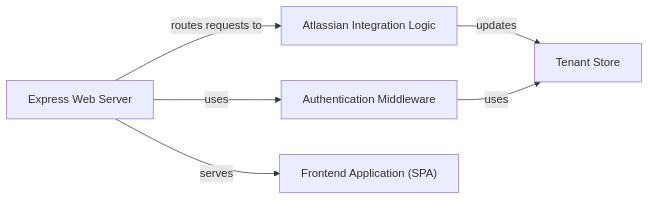
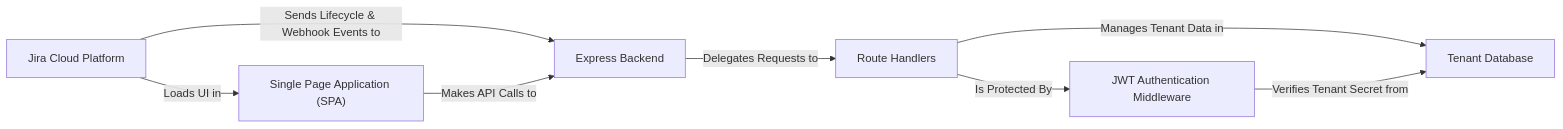
One commit to CodeBoarding/GeneratedOnBoardings changed the diagram in atlassian-connect-example-app-node/on_boarding.md. Above: the diagram before and after it, drawn with Mermaid. The commit also changed other lines of this file and 3 other files, not shown here.

Commit message:
Uploading onboarding materials for atlassian-connect-example-app-node

````diff
--- a/atlassian-connect-example-app-node/on_boarding.md
+++ b/atlassian-connect-example-app-node/on_boarding.md
@@ -1,16 +1,16 @@
 ```mermaid
 graph LR
-    Express_Web_Server["Express Web Server"]
-    Atlassian_Integration_Logic["Atlassian Integration Logic"]
-    Authentication_Middleware["Authentication Middleware"]
-    Tenant_Store["Tenant Store"]
-    Frontend_Application_SPA_["Frontend Application (SPA)"]
-    Express_Web_Server -- "routes requests to" --> Atlassian_Integration_Logic
-    Express_Web_Server -- "serves" --> Frontend_Application_SPA_
-    Express_Web_Server -- "uses" --> Authentication_Middleware
-    Atlassian_Integration_Logic -- "updates" --> Tenant_Store
-    Authentication_Middleware -- "uses" --> Tenant_Store
-    click Express_Web_Server href "https://github.com/CodeBoarding/GeneratedOnBoardings/blob/main/atlassian-connect-example-app-node/Express_Web_Server.md" "Details"
-    click Atlassian_Integration_Logic href "https://github.com/CodeBoarding/GeneratedOnBoardings/blob/main/atlassian-connect-example-app-node/Atlassian_Integration_Logic.md" "Details"
-    click Frontend_Application_SPA_ href "https://github.com/CodeBoarding/GeneratedOnBoardings/blob/main/atlassian-connect-example-app-node/Frontend_Application_SPA_.md" "Details"
+    Jira_Cloud_Platform["Jira Cloud Platform"]
+    Express_Backend["Express Backend"]
+    Route_Handlers["Route Handlers"]
+    JWT_Authentication_Middleware["JWT Authentication Middleware"]
+    Tenant_Database["Tenant Database"]
+    Single_Page_Application_SPA_["Single Page Application (SPA)"]
+    Jira_Cloud_Platform -- "Sends Lifecycle & Webhook Events to" --> Express_Backend
+    Jira_Cloud_Platform -- "Loads UI in" --> Single_Page_Application_SPA_
+    Single_Page_Application_SPA_ -- "Makes API Calls to" --> Express_Backend
+    Express_Backend -- "Delegates Requests to" --> Route_Handlers
+    Route_Handlers -- "Is Protected By" --> JWT_Authentication_Middleware
+    Route_Handlers -- "Manages Tenant Data in" --> Tenant_Database
+    JWT_Authentication_Middleware -- "Verifies Tenant Secret from" --> Tenant_Database
 ```
````
